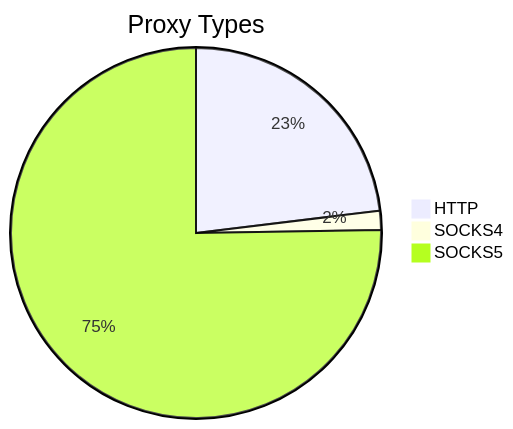
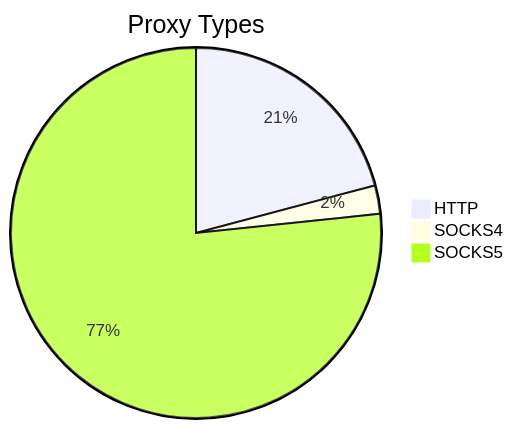
One commit to stormsia/proxy-list changed the first of 2 diagrams in README.md. Above: the diagram before and after it, drawn with Mermaid. The commit also changed other lines of this file, not shown here.

````diff
--- a/README.md
+++ b/README.md
@@ -21,6 +21,6 @@
 ```mermaid
 pie title Proxy Types
-    "HTTP" : 111
-    "SOCKS4" : 8
-    "SOCKS5" : 362
+    "HTTP" : 135
+    "SOCKS4" : 16
+    "SOCKS5" : 496
 ```
````
